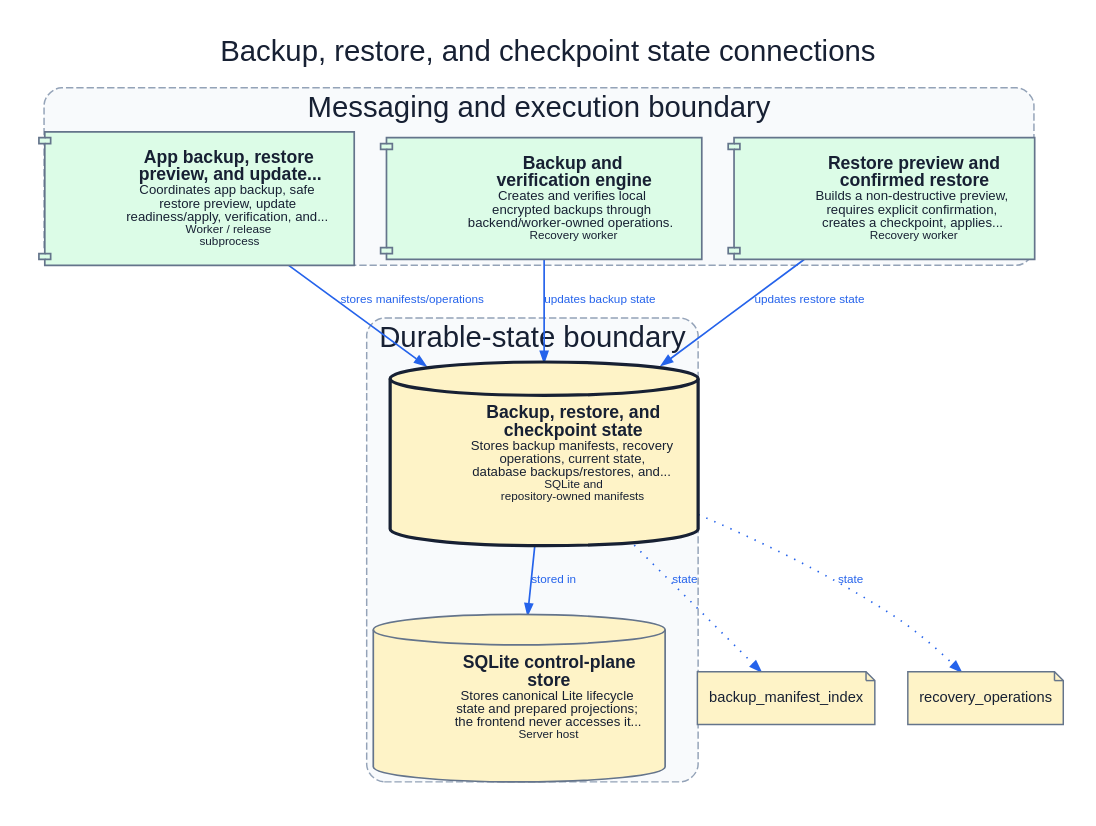
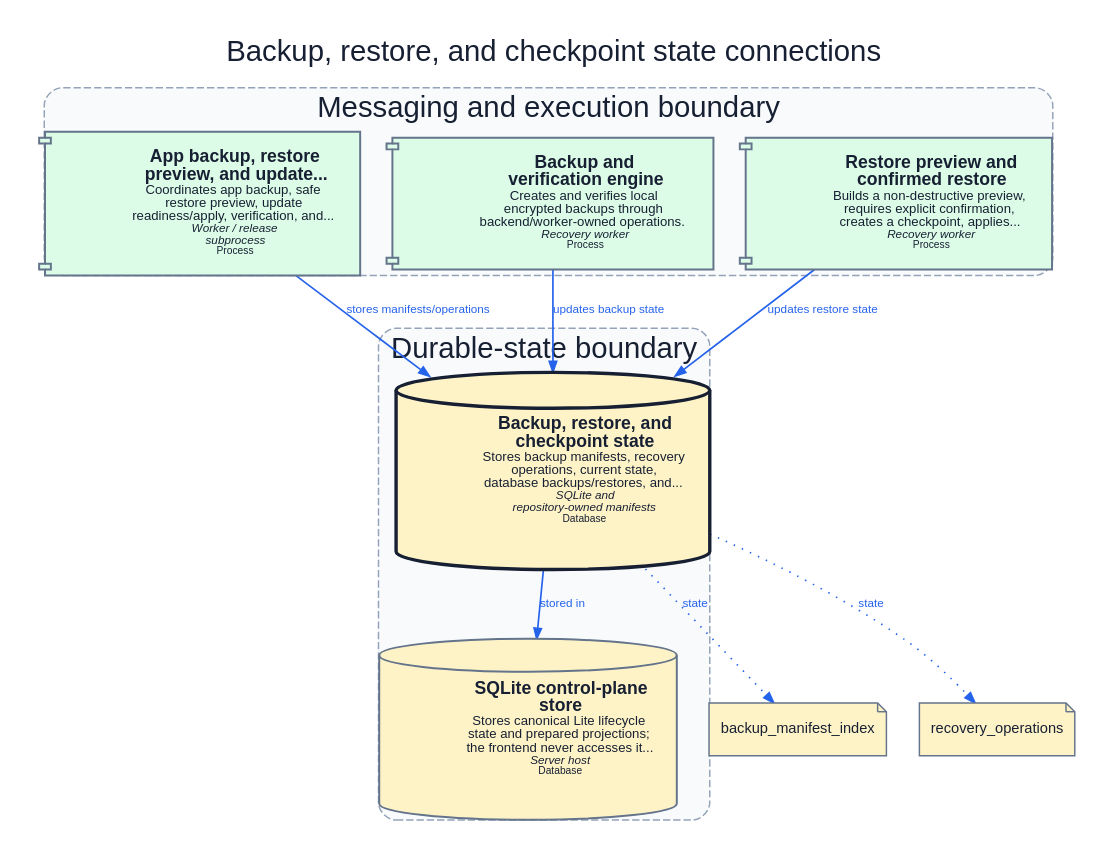
Before and after one commit to dexter-lab-ctrl/pocket-lab-lite: the diagram in docs/assets/diagrams/production/components/recovery-state.light.dot, drawn with Graphviz. The commit also changed 395 other files, not shown here.

Commit message:
docs: add infrastructure architecture icons

```diff
--- a/docs/assets/diagrams/production/components/recovery-state.light.dot
+++ b/docs/assets/diagrams/production/components/recovery-state.light.dot
@@ -1,64 +1,64 @@
 digraph component_recovery_state {
   graph [
     rankdir="TB",
     splines="spline",
     compound="true",
     newrank="true",
     nodesep="0.30",
     ranksep="0.52",
     ratio="compress",
     pad="0.20",
     margin="0",
     outputorder="edgesfirst",
     bgcolor="#ffffff",
     fontcolor="#172033",
     fontname="Arial",
     label="Backup, restore, and checkpoint state connections",
     labelloc="t",
     fontsize="20"
   ];
   node [
     fontname="Arial",
     fontsize="10",
     color="#64748b",
     fontcolor="#172033",
     margin="0.12,0.08"
   ];
   edge [
     fontname="Arial",
     fontsize="8",
     color="#64748b",
     fontcolor="#475569",
     arrowsize="0.72",
     penwidth="1.15"
   ];
   subgraph "cluster_durable-state" {
     label="Durable-state boundary";
     style="rounded,dashed,filled";
     color="#94a3b8";
     fillcolor="#f8fafc";
     fontcolor="#172033";
     penwidth="1.0";
-    "recovery-state" [label=<<TABLE BORDER="0" CELLBORDER="0" CELLPADDING="4"><TR><TD FIXEDSIZE="TRUE" WIDTH="38" HEIGHT="38"> </TD><TD ALIGN="LEFT"><FONT POINT-SIZE="12"><B>Backup, restore, and<BR/>checkpoint state</B></FONT><BR/><FONT POINT-SIZE="9">Stores backup manifests, recovery<BR/>operations, current state,<BR/>database backups/restores, and...</FONT><BR/><FONT POINT-SIZE="8">SQLite and<BR/>repository-owned manifests</FONT></TD></TR></TABLE>>, shape="cylinder", style="rounded,filled,bold", fillcolor="#fef3c7", color="#172033", fontcolor="#172033", penwidth="2.2", tooltip="Backup, restore, and checkpoint state. Stores backup manifests, recovery operations, current state, database backups/restores, and restore checkpoints.", URL="../../../../generated/production/architecture/components/recovery-state/", target="_top"];
-    "sqlite" [label=<<TABLE BORDER="0" CELLBORDER="0" CELLPADDING="4"><TR><TD FIXEDSIZE="TRUE" WIDTH="38" HEIGHT="38"> </TD><TD ALIGN="LEFT"><FONT POINT-SIZE="12"><B>SQLite control-plane<BR/>store</B></FONT><BR/><FONT POINT-SIZE="9">Stores canonical Lite lifecycle<BR/>state and prepared projections;<BR/>the frontend never accesses it...</FONT><BR/><FONT POINT-SIZE="8">Server host</FONT></TD></TR></TABLE>>, shape="cylinder", style="rounded,filled", fillcolor="#fef3c7", color="#64748b", fontcolor="#172033", penwidth="1.15", tooltip="SQLite control-plane store. Stores canonical Lite lifecycle state and prepared projections; the frontend never accesses it directly.", URL="../../../../generated/production/architecture/components/sqlite/", target="_top"];
+    "recovery-state" [label=<<TABLE BORDER="0" CELLBORDER="0" CELLPADDING="4"><TR><TD FIXEDSIZE="TRUE" WIDTH="42" HEIGHT="42"> </TD><TD ALIGN="LEFT"><FONT POINT-SIZE="12"><B>Backup, restore, and<BR/>checkpoint state</B></FONT><BR/><FONT POINT-SIZE="9">Stores backup manifests, recovery<BR/>operations, current state,<BR/>database backups/restores, and...</FONT><BR/><FONT POINT-SIZE="8"><I>SQLite and<BR/>repository-owned manifests</I></FONT><BR/><FONT POINT-SIZE="7.5">Database</FONT></TD></TR></TABLE>>, shape="cylinder", style="rounded,filled,bold", fillcolor="#fef3c7", color="#172033", fontcolor="#172033", penwidth="2.3", tooltip="Backup, restore, and checkpoint state. Stores backup manifests, recovery operations, current state, database backups/restores, and restore checkpoints.", URL="../../../../generated/production/architecture/components/recovery-state/", target="_top"];
+    "sqlite" [label=<<TABLE BORDER="0" CELLBORDER="0" CELLPADDING="4"><TR><TD FIXEDSIZE="TRUE" WIDTH="42" HEIGHT="42"> </TD><TD ALIGN="LEFT"><FONT POINT-SIZE="12"><B>SQLite control-plane<BR/>store</B></FONT><BR/><FONT POINT-SIZE="9">Stores canonical Lite lifecycle<BR/>state and prepared projections;<BR/>the frontend never accesses it...</FONT><BR/><FONT POINT-SIZE="8"><I>Server host</I></FONT><BR/><FONT POINT-SIZE="7.5">Database</FONT></TD></TR></TABLE>>, shape="cylinder", style="rounded,filled", fillcolor="#fef3c7", color="#64748b", fontcolor="#172033", penwidth="1.35", tooltip="SQLite control-plane store. Stores canonical Lite lifecycle state and prepared projections; the frontend never accesses it directly.", URL="../../../../generated/production/architecture/components/sqlite/", target="_top"];
   }
   subgraph "cluster_messaging-execution" {
     label="Messaging and execution boundary";
     style="rounded,dashed,filled";
     color="#94a3b8";
     fillcolor="#f8fafc";
     fontcolor="#172033";
     penwidth="1.0";
-    "app-recovery-update" [label=<<TABLE BORDER="0" CELLBORDER="0" CELLPADDING="4"><TR><TD FIXEDSIZE="TRUE" WIDTH="38" HEIGHT="38"> </TD><TD ALIGN="LEFT"><FONT POINT-SIZE="12"><B>App backup, restore<BR/>preview, and update...</B></FONT><BR/><FONT POINT-SIZE="9">Coordinates app backup, safe<BR/>restore preview, update<BR/>readiness/apply, verification, and...</FONT><BR/><FONT POINT-SIZE="8">Worker / release<BR/>subprocess</FONT></TD></TR></TABLE>>, shape="component", style="rounded,filled", fillcolor="#dcfce7", color="#64748b", fontcolor="#172033", penwidth="1.15", tooltip="App backup, restore preview, and update lifecycle. Coordinates app backup, safe restore preview, update readiness/apply, verification, and rollback gates without browser-owned execution.", URL="../../../../generated/production/architecture/components/app-recovery-update/", target="_top"];
-    "backup-engine" [label=<<TABLE BORDER="0" CELLBORDER="0" CELLPADDING="4"><TR><TD FIXEDSIZE="TRUE" WIDTH="38" HEIGHT="38"> </TD><TD ALIGN="LEFT"><FONT POINT-SIZE="12"><B>Backup and<BR/>verification engine</B></FONT><BR/><FONT POINT-SIZE="9">Creates and verifies local<BR/>encrypted backups through<BR/>backend/worker-owned operations.</FONT><BR/><FONT POINT-SIZE="8">Recovery worker</FONT></TD></TR></TABLE>>, shape="component", style="rounded,filled", fillcolor="#dcfce7", color="#64748b", fontcolor="#172033", penwidth="1.15", tooltip="Backup and verification engine. Creates and verifies local encrypted backups through backend/worker-owned operations.", URL="../../../../generated/production/architecture/components/backup-engine/", target="_top"];
-    "restore-preview" [label=<<TABLE BORDER="0" CELLBORDER="0" CELLPADDING="4"><TR><TD FIXEDSIZE="TRUE" WIDTH="38" HEIGHT="38"> </TD><TD ALIGN="LEFT"><FONT POINT-SIZE="12"><B>Restore preview and<BR/>confirmed restore</B></FONT><BR/><FONT POINT-SIZE="9">Builds a non-destructive preview,<BR/>requires explicit confirmation,<BR/>creates a checkpoint, applies...</FONT><BR/><FONT POINT-SIZE="8">Recovery worker</FONT></TD></TR></TABLE>>, shape="component", style="rounded,filled", fillcolor="#dcfce7", color="#64748b", fontcolor="#172033", penwidth="1.15", tooltip="Restore preview and confirmed restore. Builds a non-destructive preview, requires explicit confirmation, creates a checkpoint, applies restore, and validates health.", URL="../../../../generated/production/architecture/components/restore-preview/", target="_top"];
+    "app-recovery-update" [label=<<TABLE BORDER="0" CELLBORDER="0" CELLPADDING="4"><TR><TD FIXEDSIZE="TRUE" WIDTH="42" HEIGHT="42"> </TD><TD ALIGN="LEFT"><FONT POINT-SIZE="12"><B>App backup, restore<BR/>preview, and update...</B></FONT><BR/><FONT POINT-SIZE="9">Coordinates app backup, safe<BR/>restore preview, update<BR/>readiness/apply, verification, and...</FONT><BR/><FONT POINT-SIZE="8"><I>Worker / release<BR/>subprocess</I></FONT><BR/><FONT POINT-SIZE="7.5">Process</FONT></TD></TR></TABLE>>, shape="component", style="rounded,filled", fillcolor="#dcfce7", color="#64748b", fontcolor="#172033", penwidth="1.35", tooltip="App backup, restore preview, and update lifecycle. Coordinates app backup, safe restore preview, update readiness/apply, verification, and rollback gates without browser-owned execution.", URL="../../../../generated/production/architecture/components/app-recovery-update/", target="_top"];
+    "backup-engine" [label=<<TABLE BORDER="0" CELLBORDER="0" CELLPADDING="4"><TR><TD FIXEDSIZE="TRUE" WIDTH="42" HEIGHT="42"> </TD><TD ALIGN="LEFT"><FONT POINT-SIZE="12"><B>Backup and<BR/>verification engine</B></FONT><BR/><FONT POINT-SIZE="9">Creates and verifies local<BR/>encrypted backups through<BR/>backend/worker-owned operations.</FONT><BR/><FONT POINT-SIZE="8"><I>Recovery worker</I></FONT><BR/><FONT POINT-SIZE="7.5">Process</FONT></TD></TR></TABLE>>, shape="component", style="rounded,filled", fillcolor="#dcfce7", color="#64748b", fontcolor="#172033", penwidth="1.35", tooltip="Backup and verification engine. Creates and verifies local encrypted backups through backend/worker-owned operations.", URL="../../../../generated/production/architecture/components/backup-engine/", target="_top"];
+    "restore-preview" [label=<<TABLE BORDER="0" CELLBORDER="0" CELLPADDING="4"><TR><TD FIXEDSIZE="TRUE" WIDTH="42" HEIGHT="42"> </TD><TD ALIGN="LEFT"><FONT POINT-SIZE="12"><B>Restore preview and<BR/>confirmed restore</B></FONT><BR/><FONT POINT-SIZE="9">Builds a non-destructive preview,<BR/>requires explicit confirmation,<BR/>creates a checkpoint, applies...</FONT><BR/><FONT POINT-SIZE="8"><I>Recovery worker</I></FONT><BR/><FONT POINT-SIZE="7.5">Process</FONT></TD></TR></TABLE>>, shape="component", style="rounded,filled", fillcolor="#dcfce7", color="#64748b", fontcolor="#172033", penwidth="1.35", tooltip="Restore preview and confirmed restore. Builds a non-destructive preview, requires explicit confirmation, creates a checkpoint, applies restore, and validates health.", URL="../../../../generated/production/architecture/components/restore-preview/", target="_top"];
   }
   "app-recovery-update" -> "recovery-state" [label="stores manifests/operations", tooltip="stores manifests/operations (SQLite)", style="solid", arrowhead="normal", color="#2563eb", fontcolor="#2563eb"];
   "recovery-state" -> "sqlite" [label="stored in", tooltip="stored in (SQLite)", style="solid", arrowhead="normal", color="#2563eb", fontcolor="#2563eb"];
   "backup-engine" -> "recovery-state" [label="updates backup state", tooltip="updates backup state (SQLite)", style="solid", arrowhead="normal", color="#2563eb", fontcolor="#2563eb"];
   "restore-preview" -> "recovery-state" [label="updates restore state", tooltip="updates restore state (SQLite)", style="solid", arrowhead="normal", color="#2563eb", fontcolor="#2563eb"];
   "state_dependency_0" [label="backup_manifest_index", shape="note", style="filled", fillcolor="#fef3c7", color="#64748b", fontcolor="#172033", tooltip="Durable-state dependency"];
   "recovery-state" -> "state_dependency_0" [label="state", style="dotted", color="#2563eb", fontcolor="#2563eb"];
   "state_dependency_1" [label="recovery_operations", shape="note", style="filled", fillcolor="#fef3c7", color="#64748b", fontcolor="#172033", tooltip="Durable-state dependency"];
   "recovery-state" -> "state_dependency_1" [label="state", style="dotted", color="#2563eb", fontcolor="#2563eb"];
 }
```
